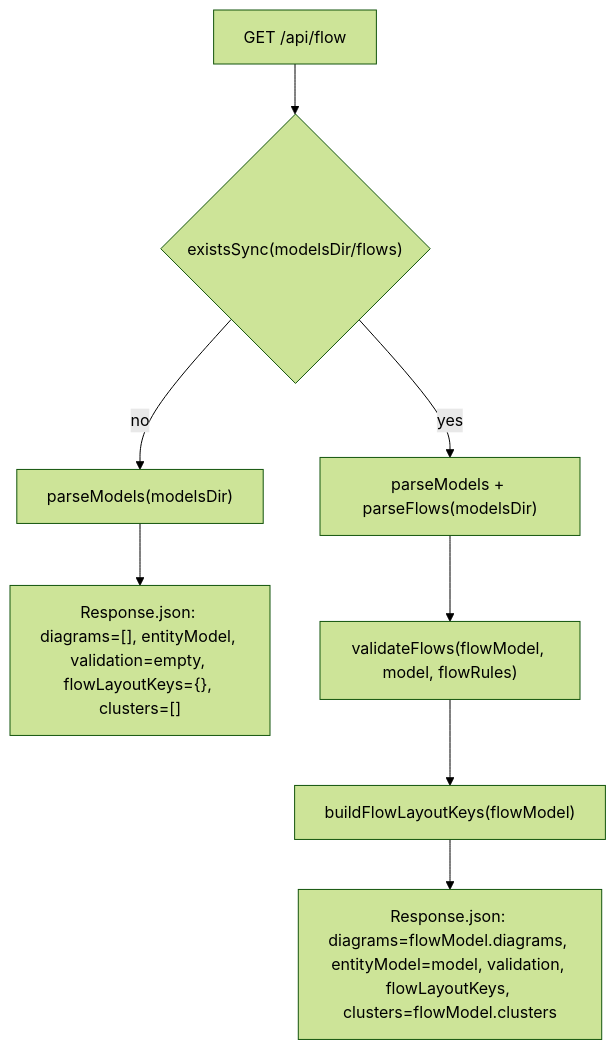
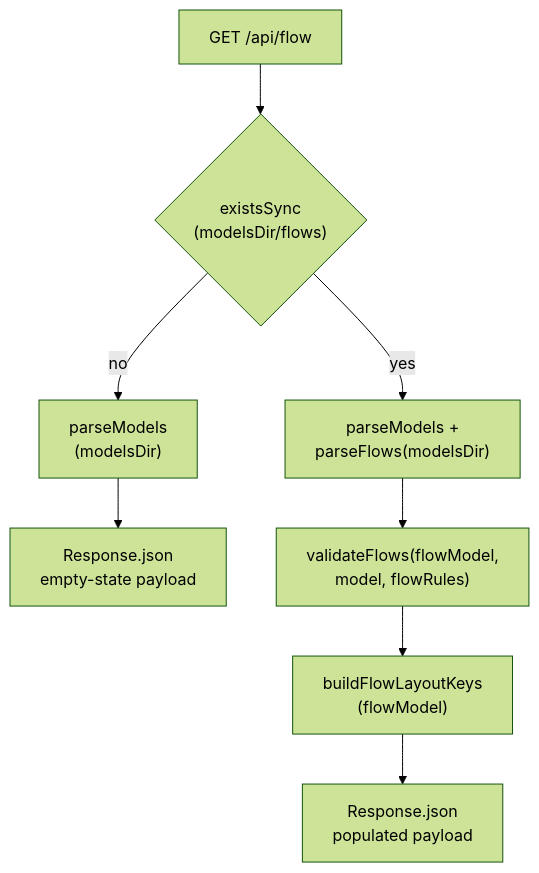
One commit to noormdev/ignatius changed the first of 4 diagrams in docs/wiki/server.md. Above: the diagram before and after it, drawn with Mermaid (forest theme). The commit also changed other lines of this file and 86 other files, not shown here.

````diff
--- a/docs/wiki/server.md
+++ b/docs/wiki/server.md
@@ -32,10 +35,10 @@
 ```mermaid
 flowchart TD
-    A["GET /api/flow"] --> B{"existsSync(modelsDir/flows)"}
-    B -->|no| C["parseModels(modelsDir)"]
-    C --> D["Response.json: diagrams=[], entityModel, validation=empty, flowLayoutKeys={}, clusters=[]"]
-    B -->|yes| E["parseModels + parseFlows(modelsDir)"]
-    E --> F["validateFlows(flowModel, model, flowRules)"]
-    F --> G["buildFlowLayoutKeys(flowModel)"]
-    G --> H["Response.json: diagrams=flowModel.diagrams, entityModel=model, validation, flowLayoutKeys, clusters=flowModel.clusters"]
+    A["GET /api/flow"] --> B{"existsSync<br/>(modelsDir/flows)"}
+    B -->|no| C["parseModels<br/>(modelsDir)"]
+    C --> D["Response.json<br/>empty-state payload"]
+    B -->|yes| E["parseModels +<br/>parseFlows(modelsDir)"]
+    E --> F["validateFlows(flowModel,<br/>model, flowRules)"]
+    F --> G["buildFlowLayoutKeys<br/>(flowModel)"]
+    G --> H["Response.json<br/>populated payload"]
 ```
````
